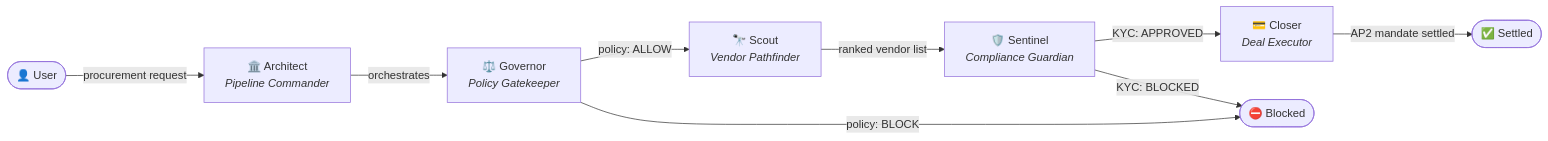
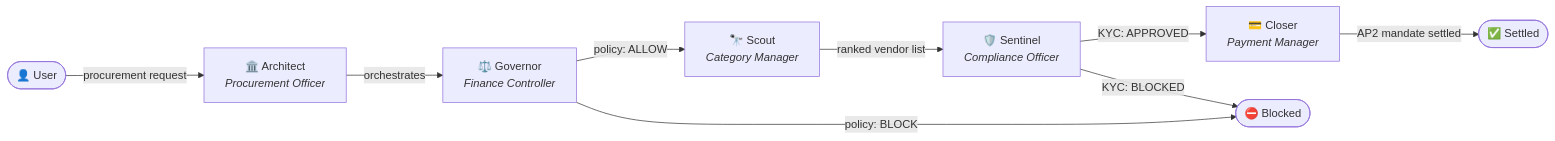
The diagram in README.md (shailwx/aura), drawn with Mermaid before and after one commit. The commit also changed other lines of this file and 26 other files, not shown here.

First line of the commit message:
feat: finish portal dashboard — severity CSS, finance history, live pipeline SSE (#32)

````diff
--- a/README.md
+++ b/README.md
@@ -31,20 +31,20 @@
 ```mermaid
 flowchart LR
     User(["👤 User"])
-    Architect["🏛️ Architect<br/><i>Pipeline Commander</i>"]
-    Governor["⚖️ Governor<br/><i>Policy Gatekeeper</i>"]
-    Scout["🔭 Scout<br/><i>Vendor Pathfinder</i>"]
-    Sentinel["🛡️ Sentinel<br/><i>Compliance Guardian</i>"]
-    Closer["💳 Closer<br/><i>Deal Executor</i>"]
+    Architect["🏛️ Architect<br/><i>Procurement Officer</i>"]
+    Governor["⚖️ Governor<br/><i>Finance Controller</i>"]
+    Scout["🔭 Scout<br/><i>Category Manager</i>"]
+    Sentinel["🛡️ Sentinel<br/><i>Compliance Officer</i>"]
+    Closer["💳 Closer<br/><i>Payment Manager</i>"]
     Settlement(["✅ Settled"])
     Blocked(["⛔ Blocked"])
 
     User -->|"procurement request"| Architect
     Architect -->|"orchestrates"| Governor
     Governor -->|"policy: ALLOW"| Scout
     Governor -->|"policy: BLOCK"| Blocked
     Scout -->|"ranked vendor list"| Sentinel
     Sentinel -->|"KYC: APPROVED"| Closer
     Sentinel -->|"KYC: BLOCKED"| Blocked
     Closer -->|"AP2 mandate settled"| Settlement
 ```
````
